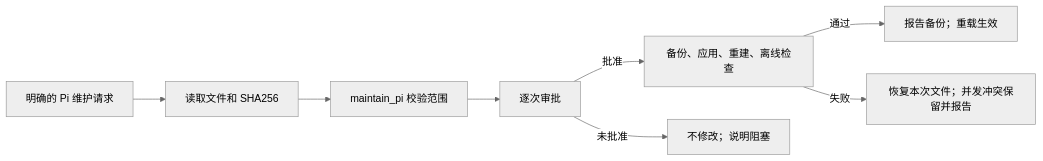
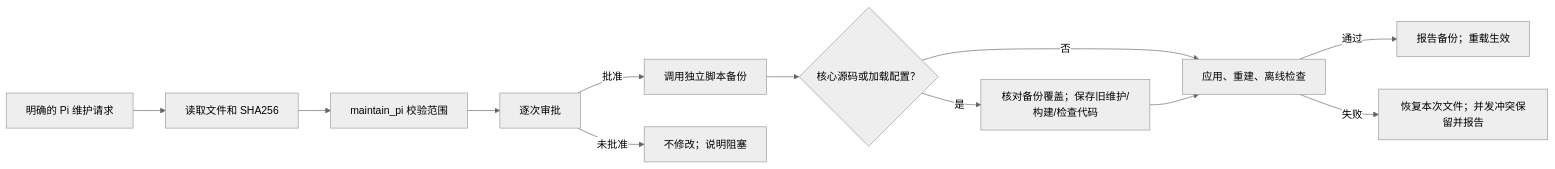
Before and after one commit to Jeoitim/my-slim-pi: the second of 2 diagrams in agent/customization/Pi Agent 本机配置维护手册.md, drawn with Mermaid (neutral theme). The commit also changed other lines of this file and 24 other files, not shown here.

````diff
--- a/agent/customization/Pi Agent 本机配置维护手册.md
+++ b/agent/customization/Pi Agent 本机配置维护手册.md
@@ -129,10 +131,14 @@
 ```mermaid
 flowchart LR
     A[明确的 Pi 维护请求] --> B[读取文件和 SHA256]
     B --> C[maintain_pi 校验范围]
     C --> D[逐次审批]
-    D -->|批准| E[备份、应用、重建、离线检查]
+    D -->|批准| B1[调用独立脚本备份]
+    B1 --> B2{核心源码或加载配置？}
+    B2 -->|是| S[核对备份覆盖；保存旧维护/构建/检查代码]
+    B2 -->|否| E[应用、重建、离线检查]
+    S --> E
     D -->|未批准| X[不修改；说明阻塞]
     E -->|通过| F[报告备份；重载生效]
     E -->|失败| G[恢复本次文件；并发冲突保留并报告]
 ```
````
